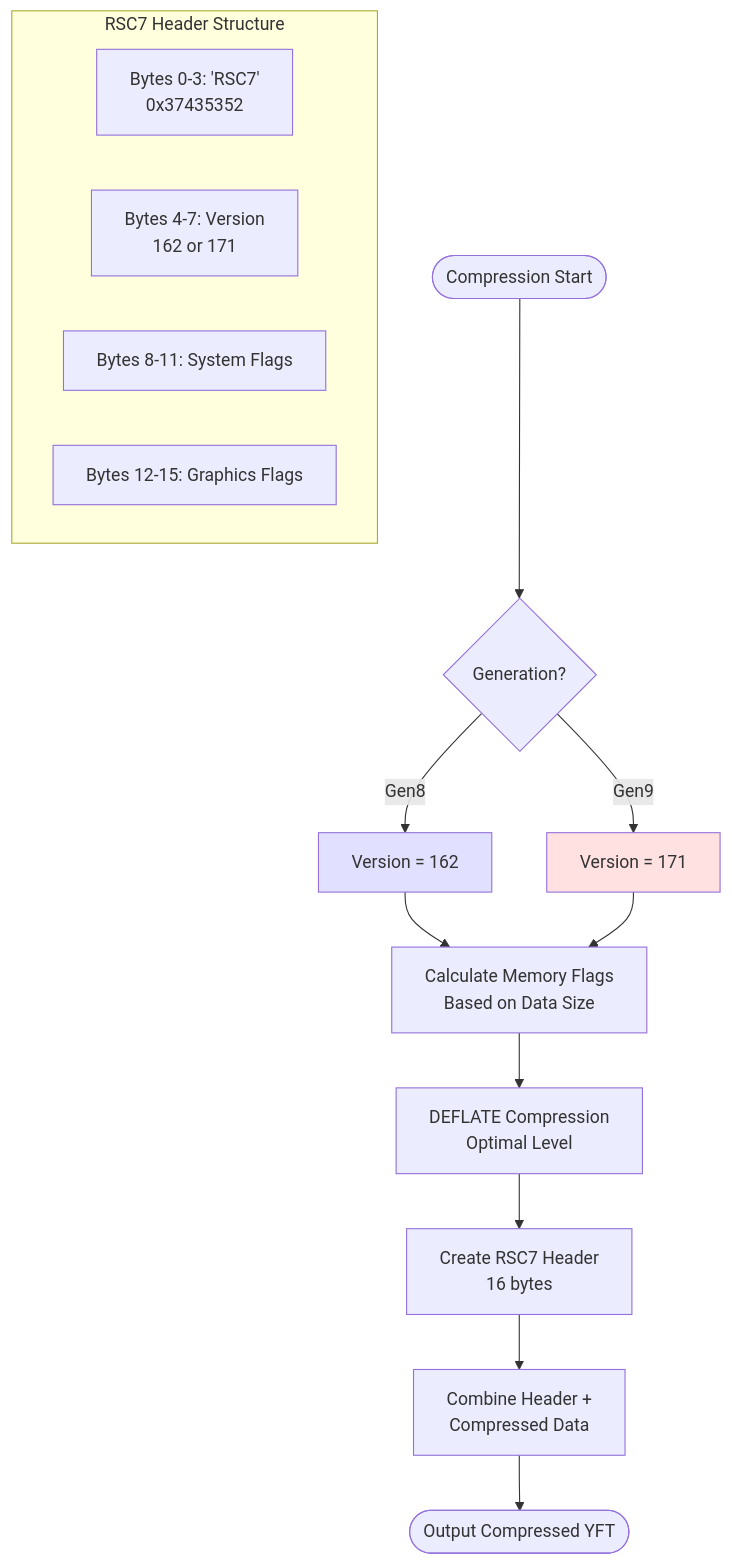
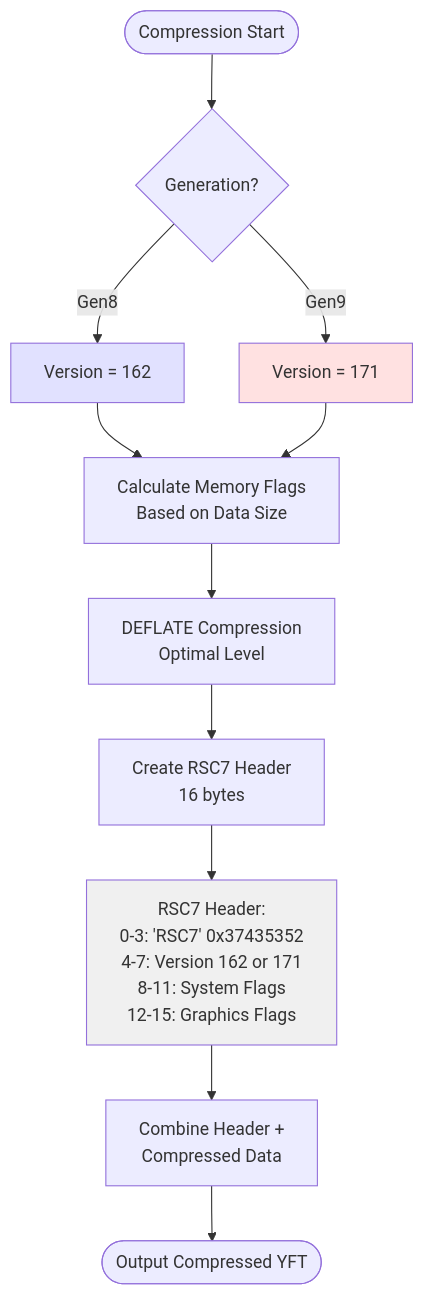
The sixth of 7 diagrams in CodeWalker.YftConverter/YFT_Converter_Flow.md (Dk0071942/CodeWalker), drawn with Mermaid before and after one commit. The commit also changed other lines of this file, not shown here.

Commit message:
fix: correct Mermaid diagram syntax for better compatibility
- Change graph TD to flowchart TD in Memory Layout diagram for subgraph support
- Fix unconnected subgraph in Compression Process diagram
- Remove quoted subgraph names and use identifiers instead
- Add compatibility note for standard Mermaid renderers

````diff
--- a/CodeWalker.YftConverter/YFT_Converter_Flow.md
+++ b/CodeWalker.YftConverter/YFT_Converter_Flow.md
@@ -193,28 +195,24 @@
 ```mermaid
 flowchart TD
     Start([Compression Start]) --> DetermineGen{Generation?}
     
     DetermineGen -->|Gen8| Ver162[Version = 162]
     DetermineGen -->|Gen9| Ver171[Version = 171]
     
     Ver162 --> CalcFlags[Calculate Memory Flags<br/>Based on Data Size]
     Ver171 --> CalcFlags
     
     CalcFlags --> Compress[DEFLATE Compression<br/>Optimal Level]
     
     Compress --> CreateHeader[Create RSC7 Header<br/>16 bytes]
     
-    subgraph "RSC7 Header Structure"
-        Magic[Bytes 0-3: 'RSC7'<br/>0x37435352]
-        Version[Bytes 4-7: Version<br/>162 or 171]
-        SysFlags[Bytes 8-11: System Flags]
-        GfxFlags[Bytes 12-15: Graphics Flags]
-    end
+    CreateHeader --> HeaderDetails[RSC7 Header:<br/>0-3: 'RSC7' 0x37435352<br/>4-7: Version 162 or 171<br/>8-11: System Flags<br/>12-15: Graphics Flags]
     
-    CreateHeader --> Combine[Combine Header +<br/>Compressed Data]
+    HeaderDetails --> Combine[Combine Header +<br/>Compressed Data]
     
     Combine --> Output([Output Compressed YFT])
     
     style Ver162 fill:#e1e1ff
     style Ver171 fill:#ffe1e1
+    style HeaderDetails fill:#f0f0f0
 ```
````
